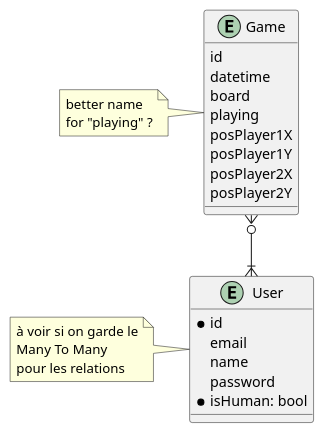
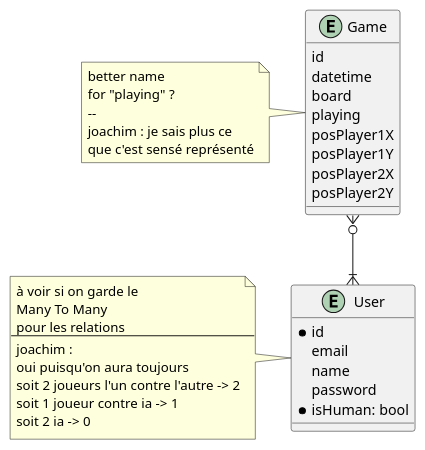
One commit to vsantele/IG3-projet-ia changed the diagram in schema/DB.puml. Above: the diagram before and after it, drawn with PlantUML.

Commit message:
add comments on questions in Db

```diff
--- a/schema/DB.puml
+++ b/schema/DB.puml
@@ -1,35 +1,44 @@
 @startuml database
 
 
 entity Game{
     id
     datetime
     board 
     playing
     posPlayer1X
     posPlayer1Y
     posPlayer2X
     posPlayer2Y
 }
 note left
 better name 
 for "playing" ?
+-- 
+joachim : je sais plus ce 
+que c'est sensé représenté
 endnote
 
 entity User{
     *id 
     email
     name 
     password
     *isHuman: bool
 }
 
 
 Game }o--|{ User
 note left
 à voir si on garde le
 Many To Many
 pour les relations
+--
+joachim :
+oui puisqu'on aura toujours 
+soit 2 joueurs l'un contre l'autre -> 2
+soit 1 joueur contre ia -> 1
+soit 2 ia -> 0
 end note
 
 @enduml
```
